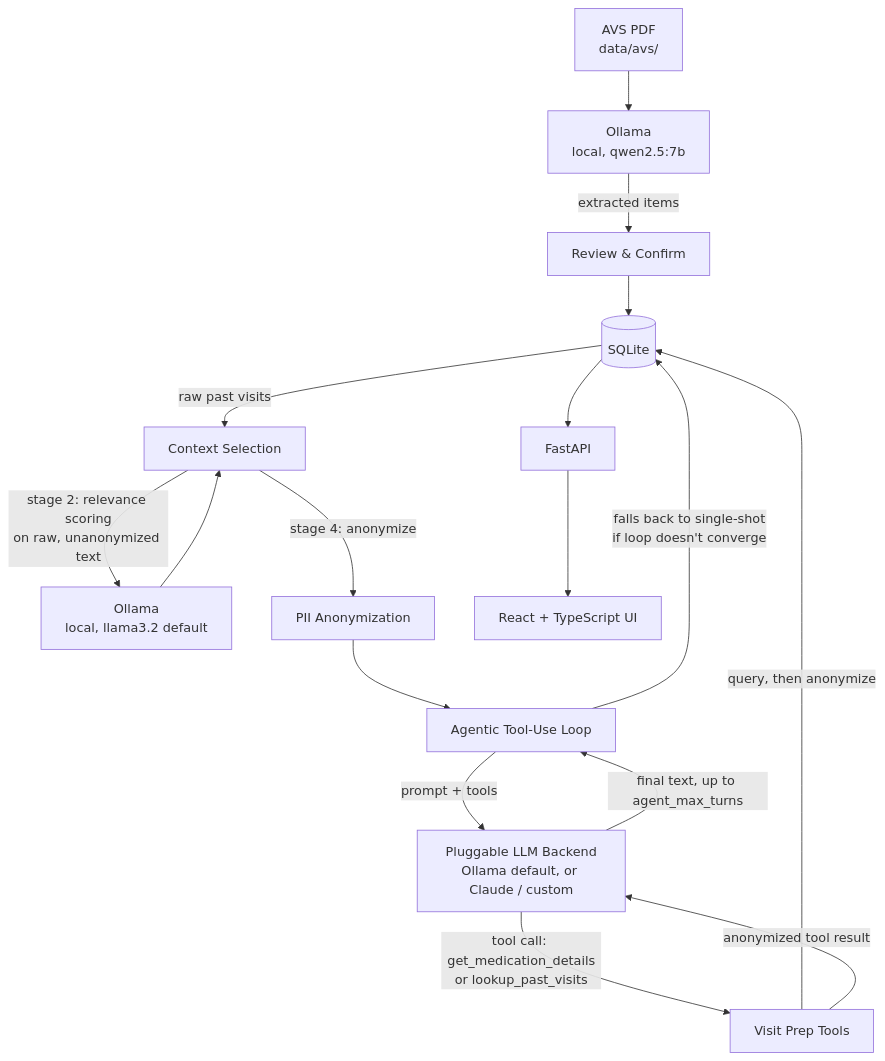
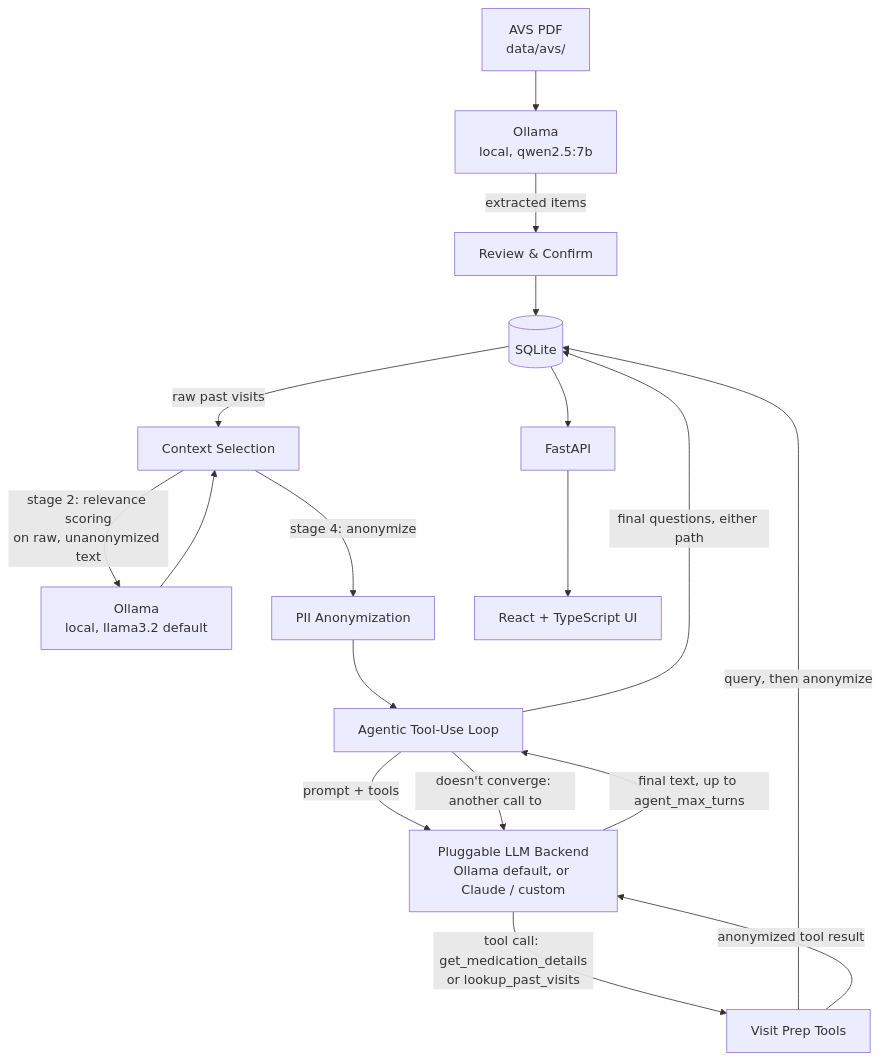
The diagram in docs/notes/DESIGN.md (nidhi-menon/HealthSteward), drawn with Mermaid before and after one commit. The commit also changed 2 other files, not shown here.

Commit message:
Fix mermaid diagram fallback edge; correct decision-log count in tdd.html
README/DESIGN.md's diagram showed the agentic loop going straight to DB
on fallback, implying the single-shot fallback skips the LLM backend
entirely -- it doesn't, prepare_visit() still calls the same pluggable
backend for the fallback single-shot generation (src/agents/visit_prep.py).
Split into two edges: the fallback loops back to Backend, then either
path's final output reaches DB. Also bumped tdd.html's Decisions panel
count from "15+" to "18+" to match the current DECISIONS.md entry count.

````diff
--- a/docs/notes/DESIGN.md
+++ b/docs/notes/DESIGN.md
@@ -36,22 +36,23 @@
 ```mermaid
 flowchart TD
     PDF[AVS PDF<br/>data/avs/] --> OllamaParse[Ollama<br/>local, qwen2.5:7b]
     OllamaParse -->|extracted items| Review[Review & Confirm]
     Review --> DB[(SQLite)]
 
     DB -->|raw past visits| Select[Context Selection]
     Select -->|stage 2: relevance scoring<br/>on raw, unanonymized text| OllamaScore[Ollama<br/>local, llama3.2 default]
     OllamaScore --> Select
     Select -->|stage 4: anonymize| Anon[PII Anonymization]
     Anon --> Loop[Agentic Tool-Use Loop]
 
     Loop -->|prompt + tools| Backend[Pluggable LLM Backend<br/>Ollama default, or Claude / custom]
     Backend -->|tool call: get_medication_details<br/>or lookup_past_visits| Tools[Visit Prep Tools]
     Tools -->|query, then anonymize| DB
     Tools -->|anonymized tool result| Backend
     Backend -->|final text, up to agent_max_turns| Loop
-    Loop -->|falls back to single-shot<br/>if loop doesn't converge| DB
+    Loop -->|doesn't converge: another call to| Backend
+    Loop -->|final questions, either path| DB
 
     DB --> API[FastAPI]
     API --> UI[React + TypeScript UI]
 ```
````
